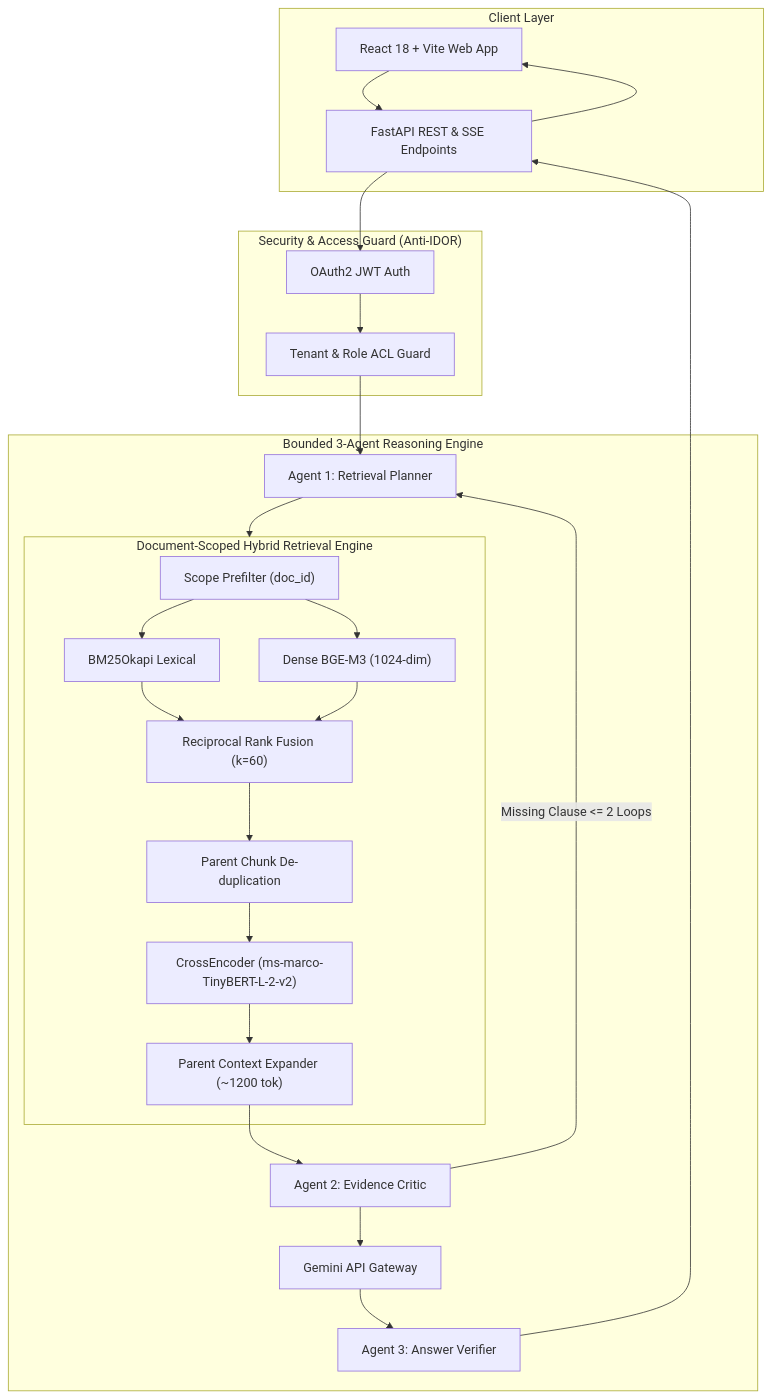
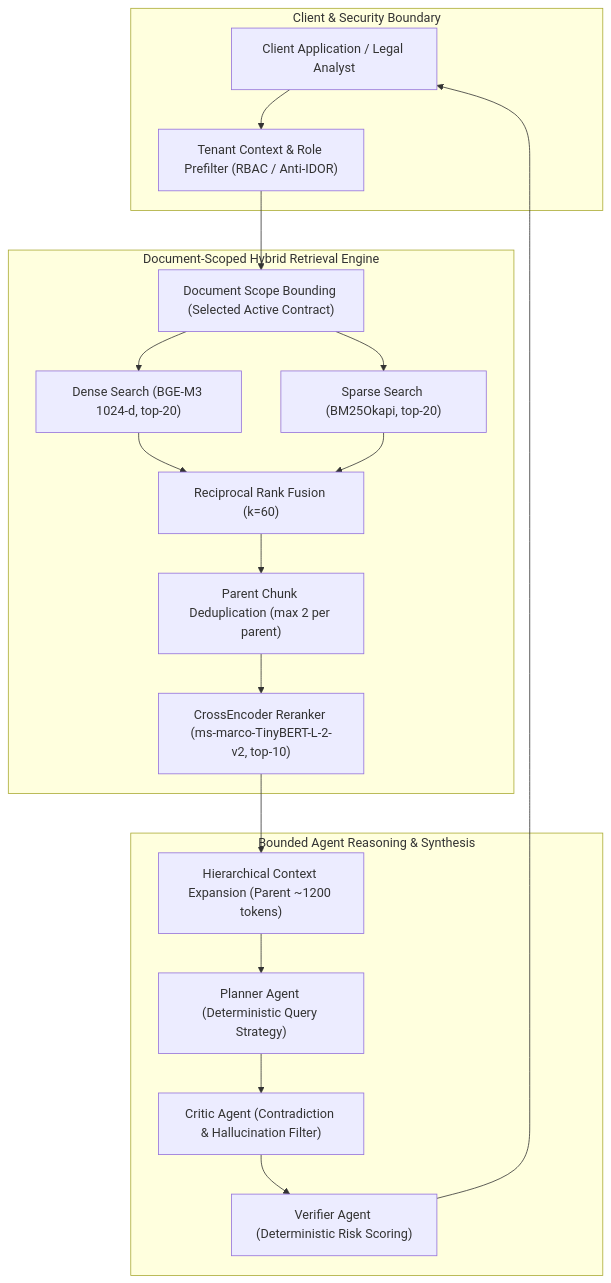
Before and after one commit to XLaiHuy/Multi-Agent-RAG: the diagram in README.md, drawn with Mermaid. The commit also changed other lines of this file and 16 other files, not shown here.

````diff
--- a/README.md
+++ b/README.md
@@ -44,39 +32,35 @@
 ```mermaid
 flowchart TD
-    subgraph Client ["Client Layer"]
-        UI["React 18 + Vite Web App"]
-        API["FastAPI REST & SSE Endpoints"]
+    subgraph ClientLayer ["Client & Security Boundary"]
+        User["Client Application / Legal Analyst"]
+        AuthCheck["Tenant Context & Role Prefilter (RBAC / Anti-IDOR)"]
     end
 
-    subgraph Security ["Security & Access Guard (Anti-IDOR)"]
-        Auth["OAuth2 JWT Auth"]
-        ACL["Tenant & Role ACL Guard"]
+    subgraph RetrievalLayer ["Document-Scoped Hybrid Retrieval Engine"]
+        ScopeFilter["Document Scope Bounding (Selected Active Contract)"]
+        DenseRetriever["Dense Search (BGE-M3 1024-d, top-20)"]
+        SparseRetriever["Sparse Search (BM25Okapi, top-20)"]
+        RRF["Reciprocal Rank Fusion (k=60)"]
+        ParentDedup["Parent Chunk Deduplication (max 2 per parent)"]
+        CrossEncoder["CrossEncoder Reranker (ms-marco-TinyBERT-L-2-v2, top-10)"]
     end
 
-    subgraph Retrieval ["Document-Scoped Hybrid Retrieval Engine"]
-        Scope["Scope Prefilter (doc_id)"]
-        BM25["BM25Okapi Lexical"]
-        Dense["Dense BGE-M3 (1024-dim)"]
-        RRF["Reciprocal Rank Fusion (k=60)"]
-        Dedup["Parent Chunk De-duplication"]
-        Reranker["CrossEncoder (ms-marco-TinyBERT-L-2-v2)"]
-        Expansion["Parent Context Expander (~1200 tok)"]
-
-        Scope --> BM25 & Dense --> RRF --> Dedup --> Reranker --> Expansion
+    subgraph SynthesisLayer ["Bounded Agent Reasoning & Synthesis"]
+        Planner["Planner Agent (Deterministic Query Strategy)"]
+        Context["Hierarchical Context Expansion (Parent ~1200 tokens)"]
+        Critic["Critic Agent (Contradiction & Hallucination Filter)"]
+        Verifier["Verifier Agent (Deterministic Risk Scoring)"]
     end
 
-    subgraph Reasoning ["Bounded 3-Agent Reasoning Engine"]
-        Planner["Agent 1: Retrieval Planner"]
-        Critic["Agent 2: Evidence Critic"]
-        Gateway["Gemini API Gateway"]
-        Verifier["Agent 3: Answer Verifier"]
-
-        Planner --> Retrieval
-        Expansion --> Critic
-        Critic -->|Missing Clause <= 2 Loops| Planner
-        Critic --> Gateway --> Verifier
-    end
-
-    UI --> API --> Auth --> ACL --> Planner
-    Verifier --> API --> UI
+    User --> AuthCheck
+    AuthCheck --> ScopeFilter
+    ScopeFilter --> DenseRetriever & SparseRetriever
+    DenseRetriever & SparseRetriever --> RRF
+    RRF --> ParentDedup
+    ParentDedup --> CrossEncoder
+    CrossEncoder --> Context
+    Context --> Planner
+    Planner --> Critic
+    Critic --> Verifier
+    Verifier --> User
 ```
````
